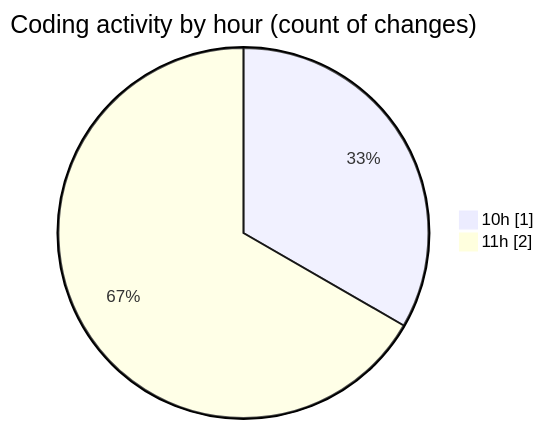
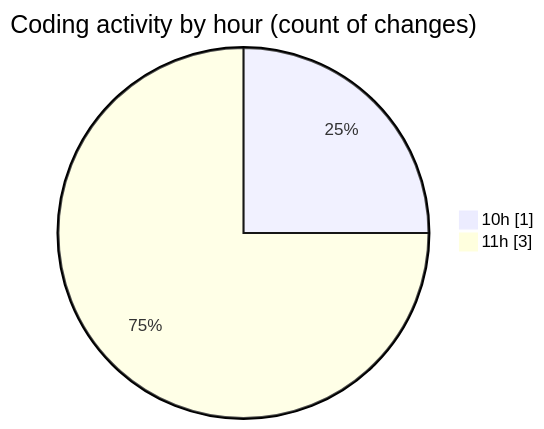
Before and after one commit to nxtqubesakshisongat/code-tracking: the second of 2 diagrams in 2026-01-07/nxtqube_webapp/README.md, drawn with Mermaid. The commit also changed other lines of this file and 1 other file, not shown here.

````diff
--- a/2026-01-07/nxtqube_webapp/README.md
+++ b/2026-01-07/nxtqube_webapp/README.md
@@ -31,6 +32,6 @@
 ```mermaid
 pie showData
 title Coding activity by hour (count of changes)
 "10h" : 1
-"11h" : 2
+"11h" : 3
 ```
````
